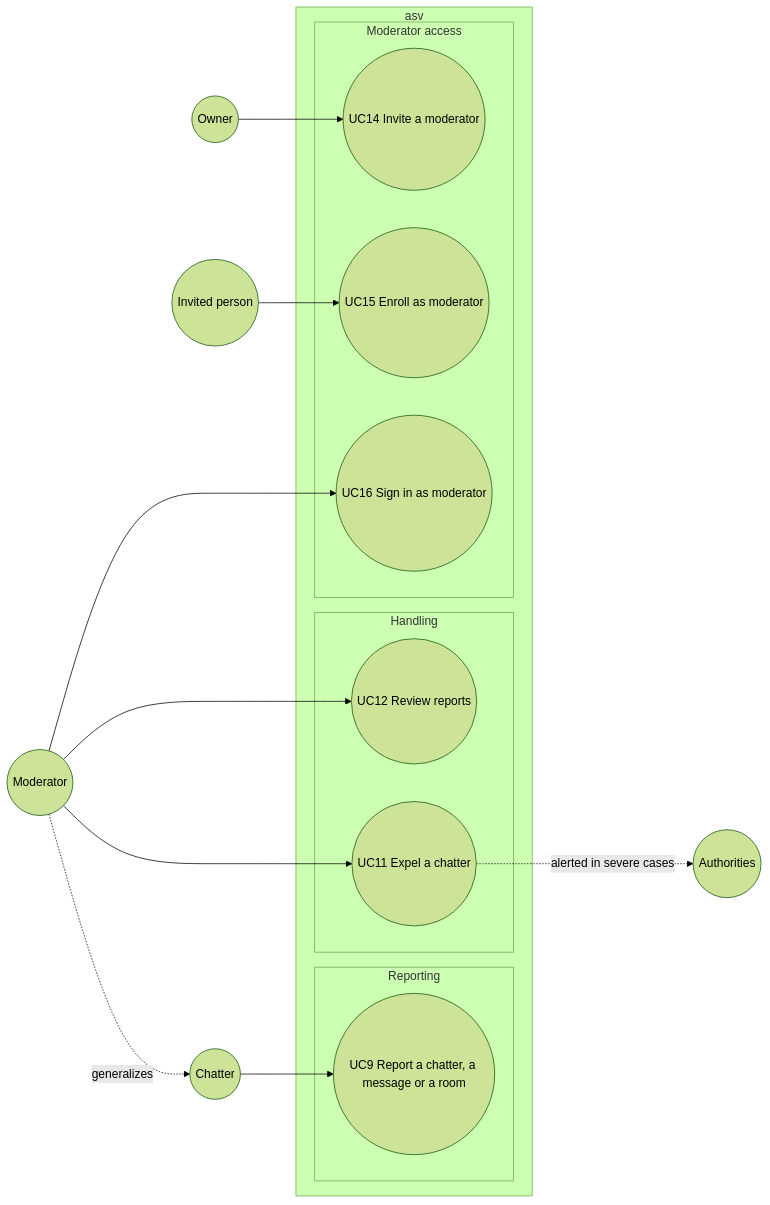
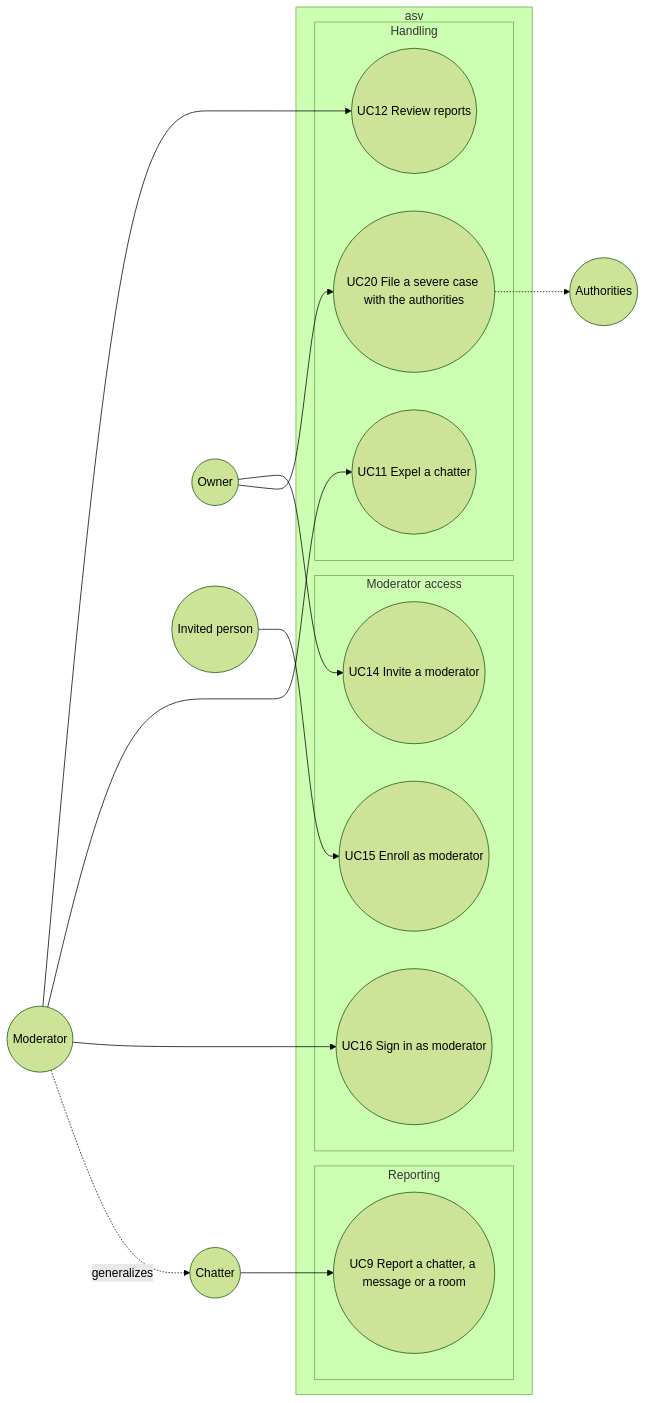
Before and after one commit to benoit-bremaud/asv: the diagram in docs/architecture/diagrams/moderation/01-use-case.md, drawn with Mermaid (forest theme). The commit also changed other lines of this file and 24 other files, not shown here.

````diff
--- a/docs/architecture/diagrams/moderation/01-use-case.md
+++ b/docs/architecture/diagrams/moderation/01-use-case.md
@@ -15,30 +15,32 @@
 ```mermaid
 flowchart LR
   Chatter(("Chatter"))
   Moderator(("Moderator"))
   Owner(("Owner"))
   Invitee(("Invited person"))
   Authorities(("Authorities"))
   subgraph SYSTEM ["asv"]
     subgraph Reporting ["Reporting"]
       UC9(("UC9 Report a chatter, a message or a room"))
     end
     subgraph Handling ["Handling"]
       UC12(("UC12 Review reports"))
       UC11(("UC11 Expel a chatter"))
+      UC20(("UC20 File a severe case with the authorities"))
     end
     subgraph Access ["Moderator access"]
       UC14(("UC14 Invite a moderator"))
       UC15(("UC15 Enroll as moderator"))
       UC16(("UC16 Sign in as moderator"))
     end
   end
   Chatter --> UC9
   Moderator --> UC12
   Moderator --> UC11
   Moderator --> UC16
   Owner --> UC14
+  Owner --> UC20
+  UC20 -.-> Authorities
   Invitee --> UC15
-  UC11 -.->|"alerted in severe cases"| Authorities
   Moderator -.->|"generalizes"| Chatter
 ```
````
